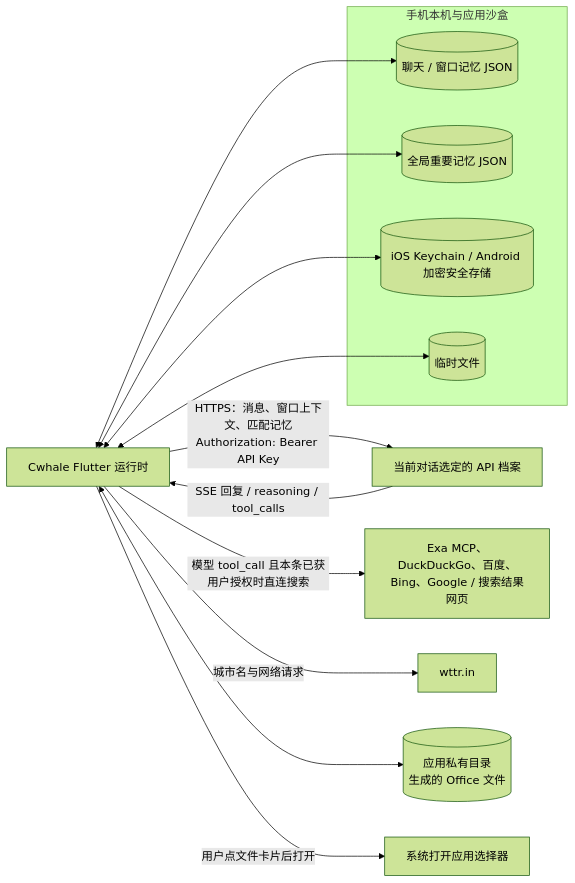
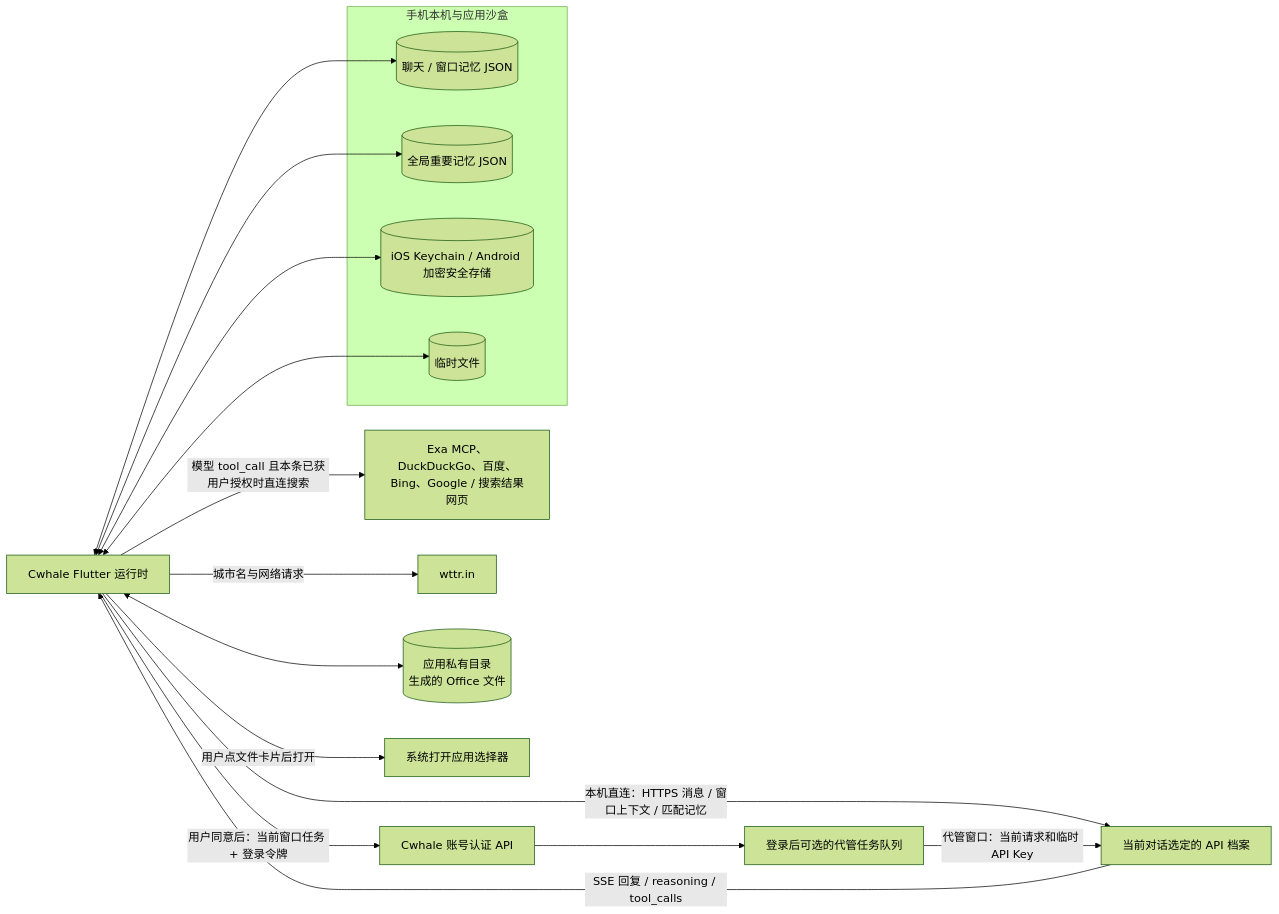
The tenth of 15 diagrams in ARCHITECTURE.md (SymbioticUniverse/Cwhale-), drawn with Mermaid (forest theme) before and after one commit. The commit also changed other lines of this file and 40 other files, not shown here.

````diff
--- a/ARCHITECTURE.md
+++ b/ARCHITECTURE.md
@@ -459,26 +474,31 @@
 ```mermaid
 flowchart LR
   subgraph LOCAL[手机本机与应用沙盒]
     CHAT[(聊天 / 窗口记忆 JSON)]
     GLOBAL[(全局重要记忆 JSON)]
     KEY[(iOS Keychain / Android 加密安全存储)]
     TEMP[(临时文件)]
   end
   APP[Cwhale Flutter 运行时]
+  AUTH[Cwhale 账号认证 API]
+  TASKS[登录后可选的代管任务队列]
   DEEPSEEK[当前对话选定的 API 档案]
   SEARCH[Exa MCP、DuckDuckGo、百度、Bing、Google / 搜索结果网页]
   WEATHER[wttr.in]
   FILES[(应用私有目录<br/>生成的 Office 文件)]
   OPEN[系统打开应用选择器]
 
   APP <--> CHAT
   APP <--> GLOBAL
   APP <--> KEY
   APP <--> TEMP
-  APP -->|HTTPS：消息、窗口上下文、匹配记忆<br/>Authorization: Bearer API Key| DEEPSEEK
+  APP -->|本机直连：HTTPS 消息 / 窗口上下文 / 匹配记忆| DEEPSEEK
+  APP -->|用户同意后：当前窗口任务 + 登录令牌| AUTH
+  AUTH --> TASKS
+  TASKS -->|代管窗口：当前请求和临时 API Key| DEEPSEEK
   DEEPSEEK -->|SSE 回复 / reasoning / tool_calls| APP
   APP -->|模型 tool_call 且本条已获用户授权时直连搜索| SEARCH
   APP -->|城市名与网络请求| WEATHER
   APP <--> FILES
   APP -->|用户点文件卡片后打开| OPEN
 ```
````
